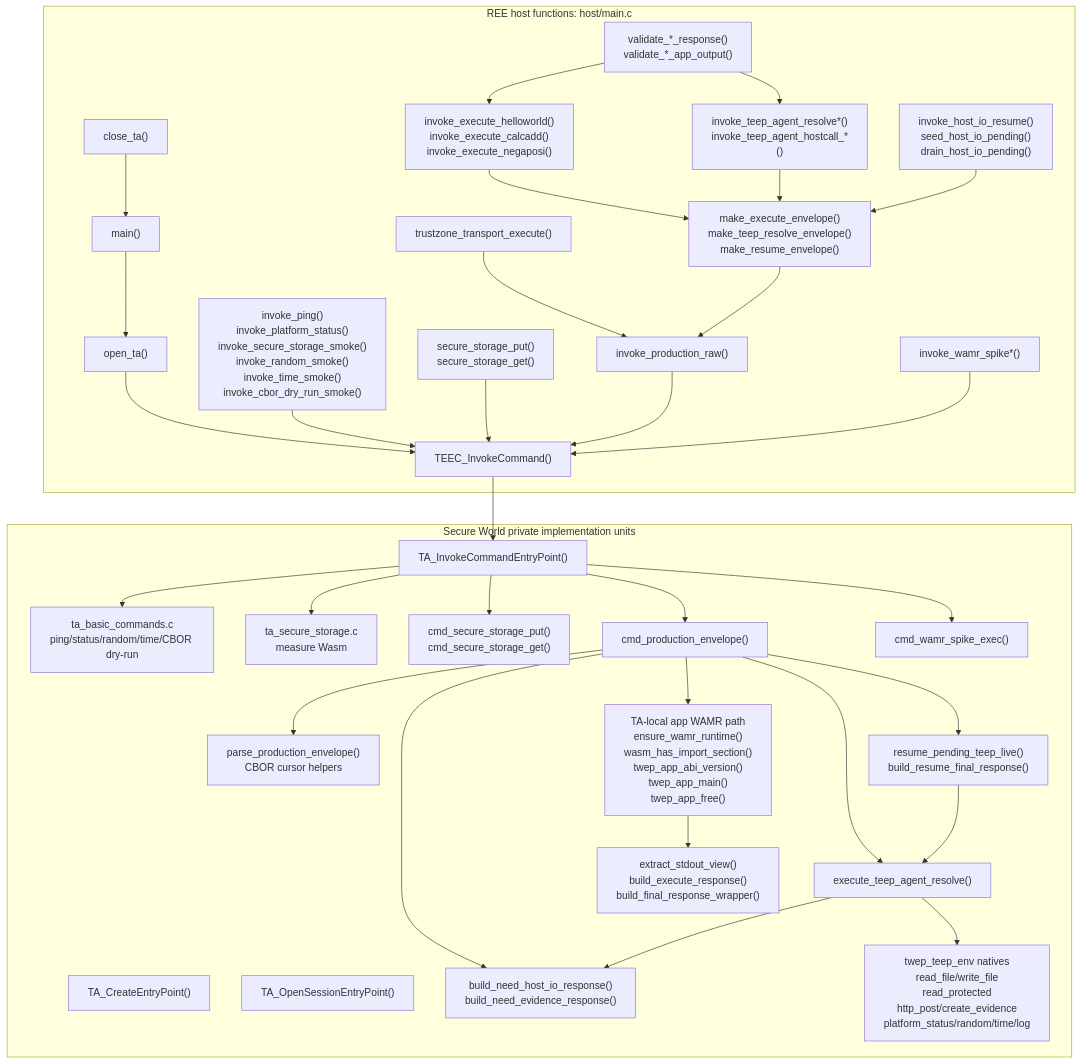
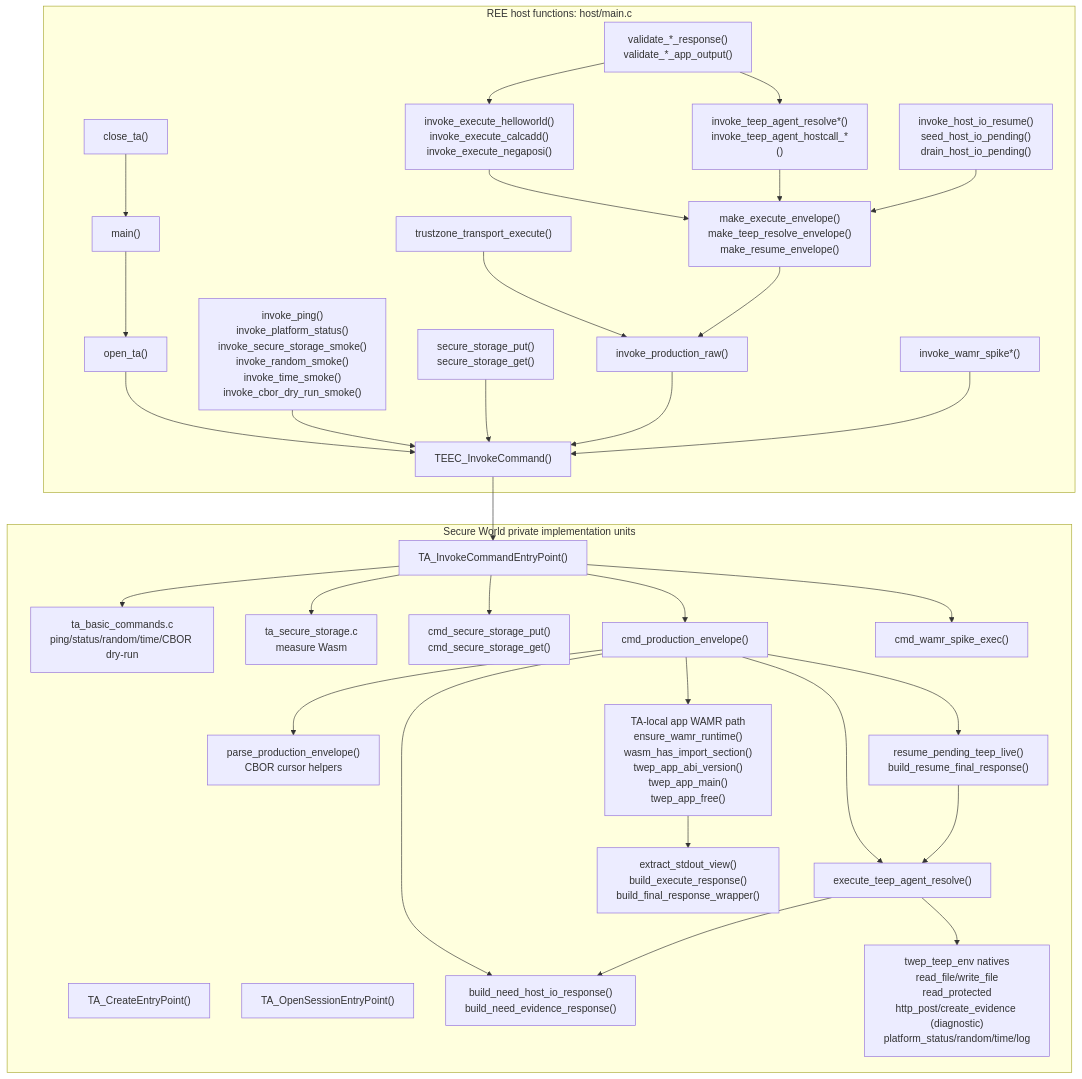
Before and after one commit to s-miyazawa/twep-system: the third of 3 diagrams in optee/twep-wr-ta/ARCHITECTURE.md, drawn with Mermaid. The commit also changed other lines of this file and 20 other files, not shown here.

Commit message:
Move Evidence signing into TEEP Agent

````diff
--- a/optee/twep-wr-ta/ARCHITECTURE.md
+++ b/optee/twep-wr-ta/ARCHITECTURE.md
@@ -218,66 +218,66 @@
 ```mermaid
 flowchart TB
     subgraph host["REE host functions: host/main.c"]
         hmain["main()"]
         open["open_ta()"]
         close["close_ta()"]
         smoke["invoke_ping()\ninvoke_platform_status()\ninvoke_secure_storage_smoke()\ninvoke_random_smoke()\ninvoke_time_smoke()\ninvoke_cbor_dry_run_smoke()"]
         putget["secure_storage_put()\nsecure_storage_get()"]
         prodraw["invoke_production_raw()"]
         transport["trustzone_transport_execute()"]
         appsmoke["invoke_execute_helloworld()\ninvoke_execute_calcadd()\ninvoke_execute_negaposi()"]
         teepsmoke["invoke_teep_agent_resolve*()\ninvoke_teep_agent_hostcall_*()"]
         resumehost["invoke_host_io_resume()\nseed_host_io_pending()\ndrain_host_io_pending()"]
         spikehost["invoke_wamr_spike*()"]
         makeenv["make_execute_envelope()\nmake_teep_resolve_envelope()\nmake_resume_envelope()"]
         validate["validate_*_response()\nvalidate_*_app_output()"]
         teecinvoke["TEEC_InvokeCommand()"]
     end
 
     subgraph ta["Secure World private implementation units"]
         tacreate["TA_CreateEntryPoint()"]
         taopen["TA_OpenSessionEntryPoint()"]
         tainvoke["TA_InvokeCommandEntryPoint()"]
         simplecmds["ta_basic_commands.c\nping/status/random/time/CBOR dry-run"]
         measure["ta_secure_storage.c\nmeasure Wasm"]
         storagecmds["cmd_secure_storage_put()\ncmd_secure_storage_get()"]
         prodcmd["cmd_production_envelope()"]
         spikecmd["cmd_wamr_spike_exec()"]
         parseenv["parse_production_envelope()\nCBOR cursor helpers"]
         needio["build_need_host_io_response()\nbuild_need_evidence_response()"]
         resume["resume_pending_teep_live()\nbuild_resume_final_response()"]
         teepresolve["execute_teep_agent_resolve()"]
-        teepnative["twep_teep_env natives\nread_file/write_file\nread_protected\nhttp_post/create_evidence\nplatform_status/random/time/log"]
+        teepnative["twep_teep_env natives\nread_file/write_file\nread_protected\nhttp_post/create_evidence (diagnostic)\nplatform_status/random/time/log"]
         appw["TA-local app WAMR path\nensure_wamr_runtime()\nwasm_has_import_section()\ntwep_app_abi_version()\ntwep_app_main()\ntwep_app_free()"]
         appresponse["extract_stdout_view()\nbuild_execute_response()\nbuild_final_response_wrapper()"]
     end
 
   hmain --> open --> teecinvoke
   smoke --> teecinvoke
   putget --> teecinvoke
   prodraw --> teecinvoke
   transport --> prodraw
   appsmoke --> makeenv --> prodraw
   teepsmoke --> makeenv
   resumehost --> makeenv
   spikehost --> teecinvoke
   validate --> appsmoke
   validate --> teepsmoke
   close --> hmain
 
   teecinvoke --> tainvoke
   tainvoke --> simplecmds
   tainvoke --> measure
   tainvoke --> storagecmds
   tainvoke --> prodcmd
   tainvoke --> spikecmd
   prodcmd --> parseenv
   prodcmd --> needio
   prodcmd --> resume
   prodcmd --> teepresolve
   prodcmd --> appw
   teepresolve --> teepnative
   teepresolve --> needio
   appw --> appresponse
   resume --> teepresolve
 ```
````
